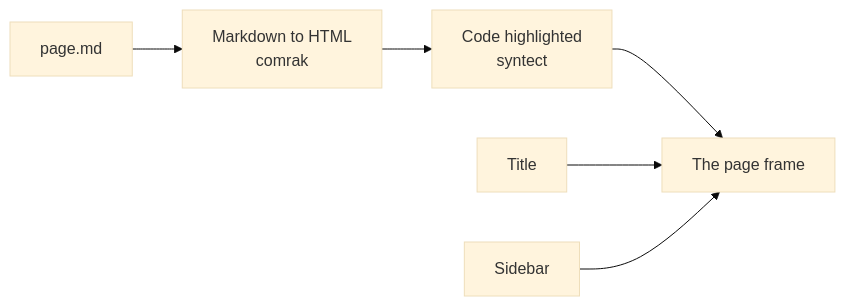
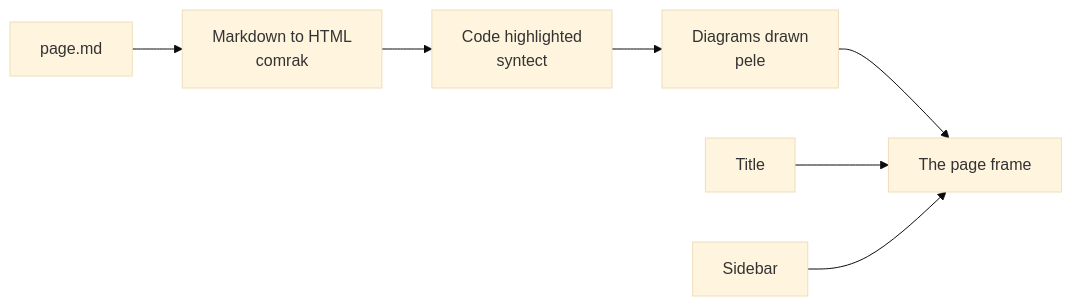
Before and after one commit to andrei512/devpage: the diagram in docs/boxes/viewer/rendering-a-page/README.md, drawn with Mermaid (base theme). The commit also changed other lines of this file and 19 other files, not shown here.

First line of the commit message:
Design: the server draws diagrams

````diff
--- a/docs/boxes/viewer/rendering-a-page/README.md
+++ b/docs/boxes/viewer/rendering-a-page/README.md
@@ -9,13 +10,15 @@
 ```mermaid
 flowchart LR
   md["page.md"] --> comrak["Markdown to HTML<br/>comrak"]
   comrak --> code["Code highlighted<br/>syntect"]
-  code --> frame["The page frame"]
+  code --> diagrams["Diagrams drawn<br/>pele"]
+  diagrams --> frame["The page frame"]
   title["Title"] --> frame
   side["Sidebar"] --> frame
   click comrak href "#markdown-to-html" "Markdown to HTML"
   click code href "#highlighted-code" "Highlighted code"
+  click diagrams href "#diagrams" "Diagrams"
   click title href "#the-title-and-the-sidebar" "The title and the sidebar"
   click side href "#the-title-and-the-sidebar" "The title and the sidebar"
   click frame href "#the-page-frame" "The page frame"
 ```
````
